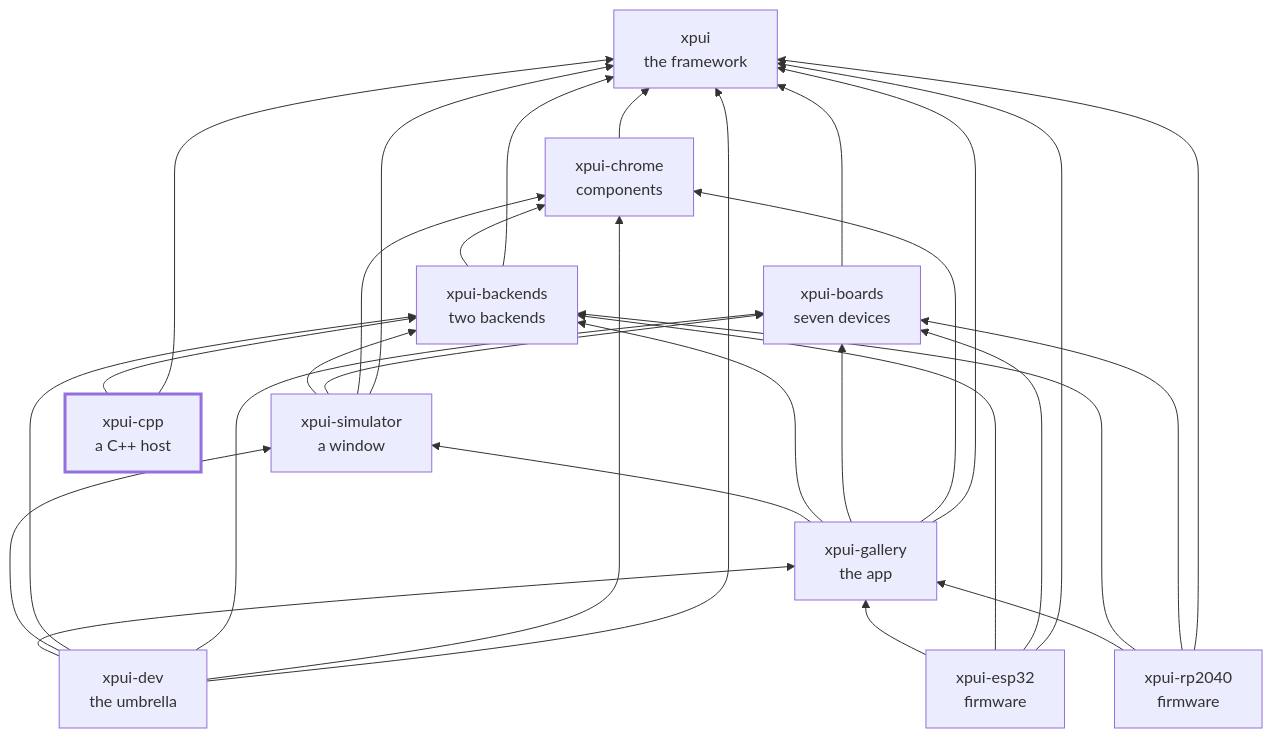
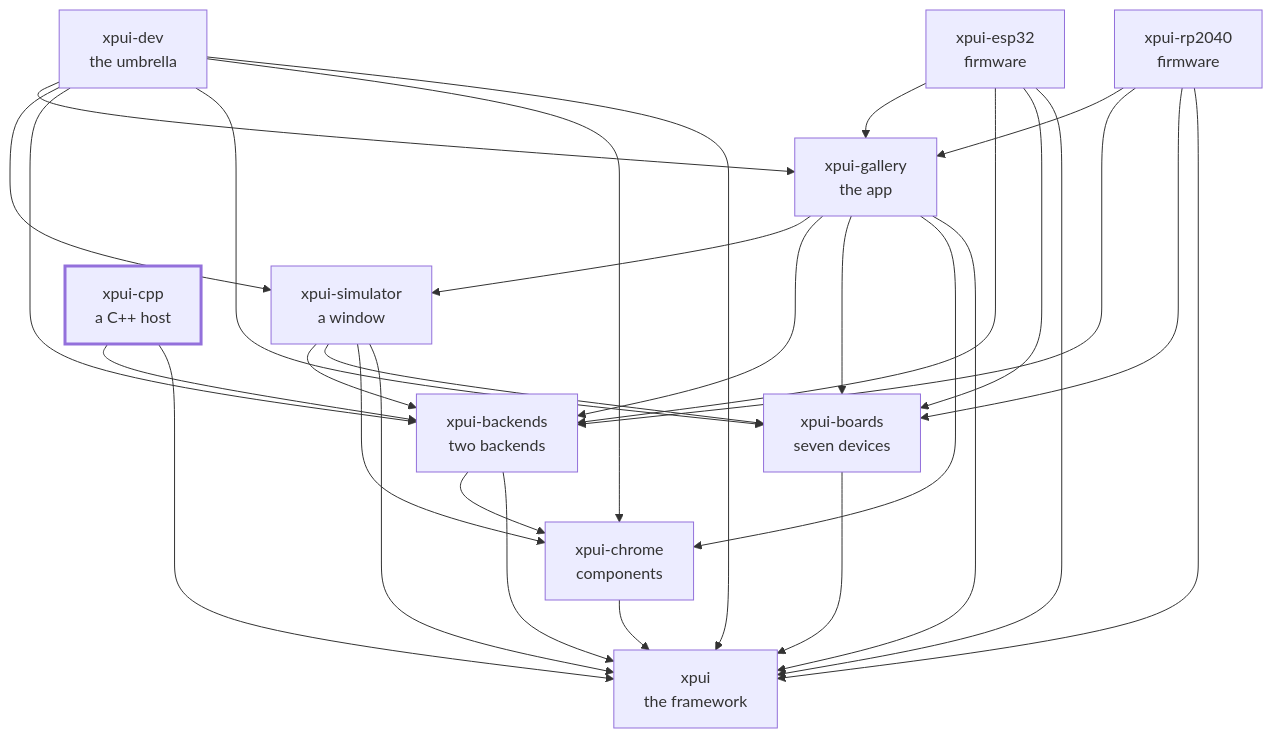
Before and after one commit to XPUI-Framework/xpui-cpp: the diagram in README.md, drawn with Mermaid. The commit also changed other lines of this file and 22 other files, not shown here.

````diff
--- a/README.md
+++ b/README.md
@@ -83,43 +85,43 @@
 ```mermaid
-flowchart BT
+flowchart TD
   xpui["xpui<br/>the framework"]
   chrome["xpui-chrome<br/>components"]
   boards["xpui-boards<br/>seven devices"]
   backends["xpui-backends<br/>two backends"]
   simulator["xpui-simulator<br/>a window"]
   gallery["xpui-gallery<br/>the app"]
   rp2040["xpui-rp2040<br/>firmware"]
   esp32["xpui-esp32<br/>firmware"]
   cpp["xpui-cpp<br/>a C++ host"]
   dev["xpui-dev<br/>the umbrella"]
   chrome --> xpui
   boards --> xpui
   backends --> xpui
   backends --> chrome
   simulator --> xpui
   simulator --> chrome
   simulator --> boards
   simulator --> backends
   gallery --> xpui
   gallery --> chrome
   gallery --> boards
   gallery --> backends
   gallery --> simulator
   rp2040 --> xpui
   rp2040 --> boards
   rp2040 --> backends
   rp2040 --> gallery
   esp32 --> xpui
   esp32 --> boards
   esp32 --> backends
   esp32 --> gallery
   cpp --> xpui
   cpp --> backends
   dev --> xpui
   dev --> chrome
   dev --> boards
   dev --> backends
   dev --> simulator
   dev --> gallery
   style cpp stroke-width:3px
 ```
````
